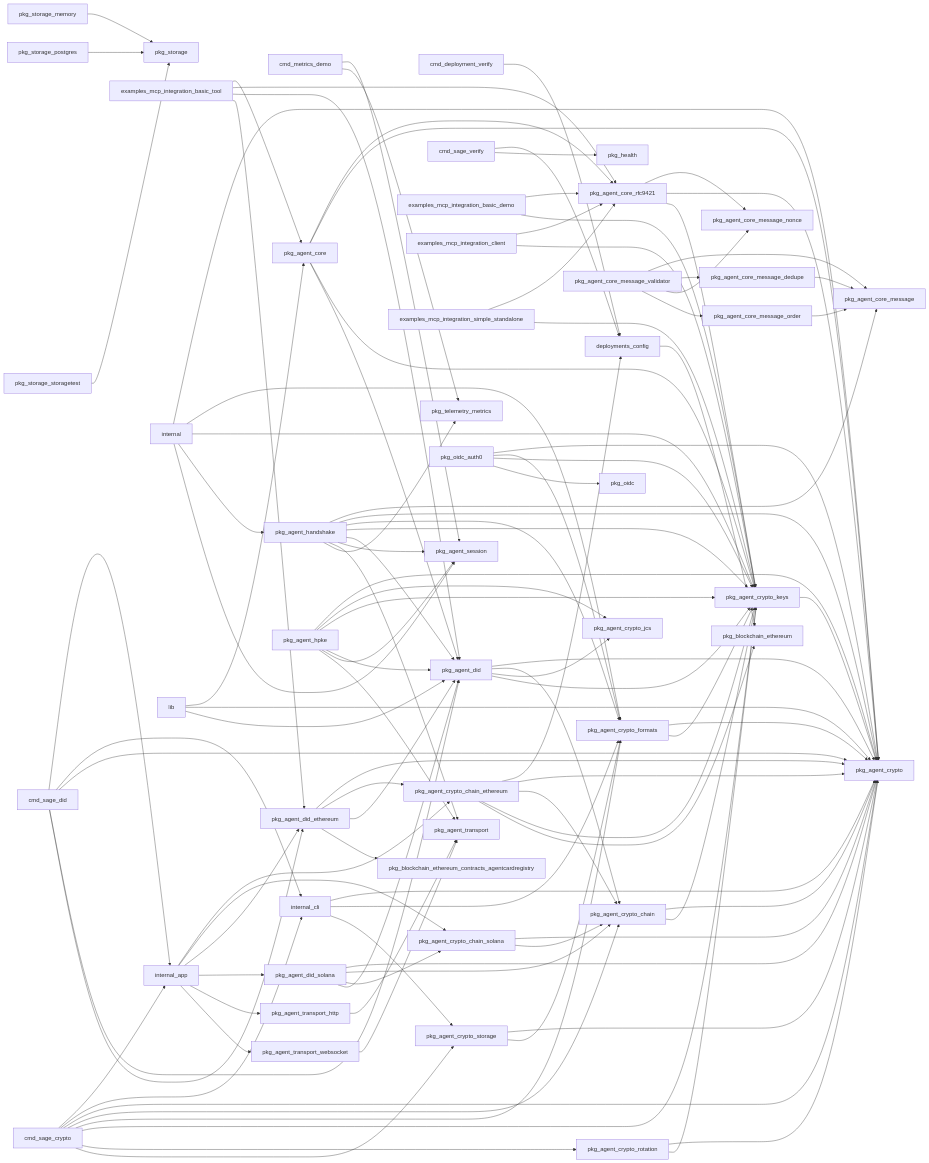
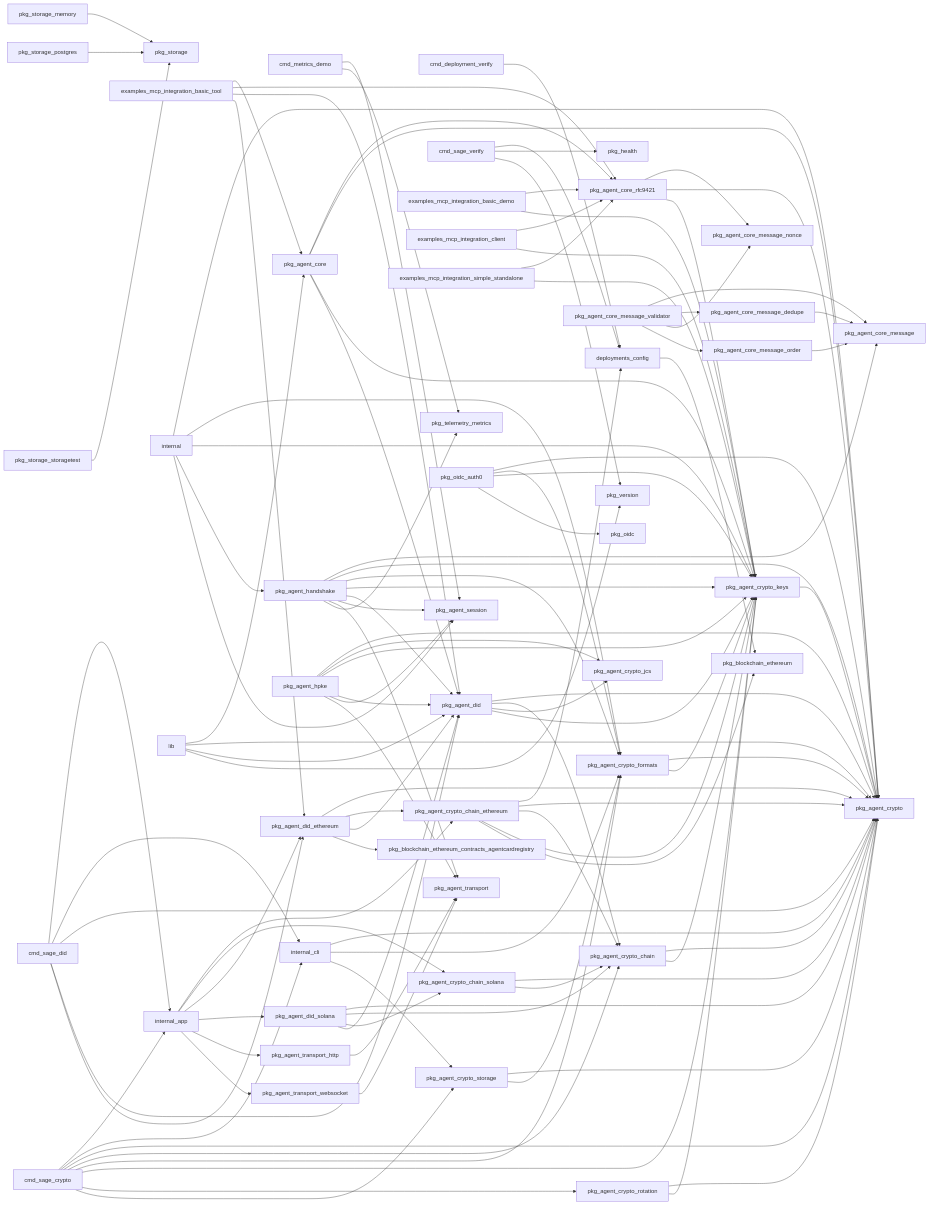
Before and after one commit to SAGE-X-project/sage: the diagram in docs/refactoring/graph/summary.md, drawn with Mermaid. The commit also changed other lines of this file and 18 other files, not shown here.

```diff
--- a/docs/refactoring/graph/summary.md
+++ b/docs/refactoring/graph/summary.md
@@ -103,6 +103,7 @@
   cmd_sage_did --> pkg_agent_did_ethereum
   cmd_sage_verify --> deployments_config
   cmd_sage_verify --> pkg_health
+  cmd_sage_verify --> pkg_version
   deployments_config --> pkg_blockchain_ethereum
   examples_mcp_integration_basic_demo --> pkg_agent_core_rfc9421
   examples_mcp_integration_basic_demo --> pkg_agent_crypto_keys
@@ -131,6 +132,7 @@
   lib --> pkg_agent_core
   lib --> pkg_agent_crypto
   lib --> pkg_agent_did
+  lib --> pkg_version
   pkg_agent_core --> pkg_agent_core_rfc9421
   pkg_agent_core --> pkg_agent_crypto
   pkg_agent_core --> pkg_agent_crypto_keys
```
